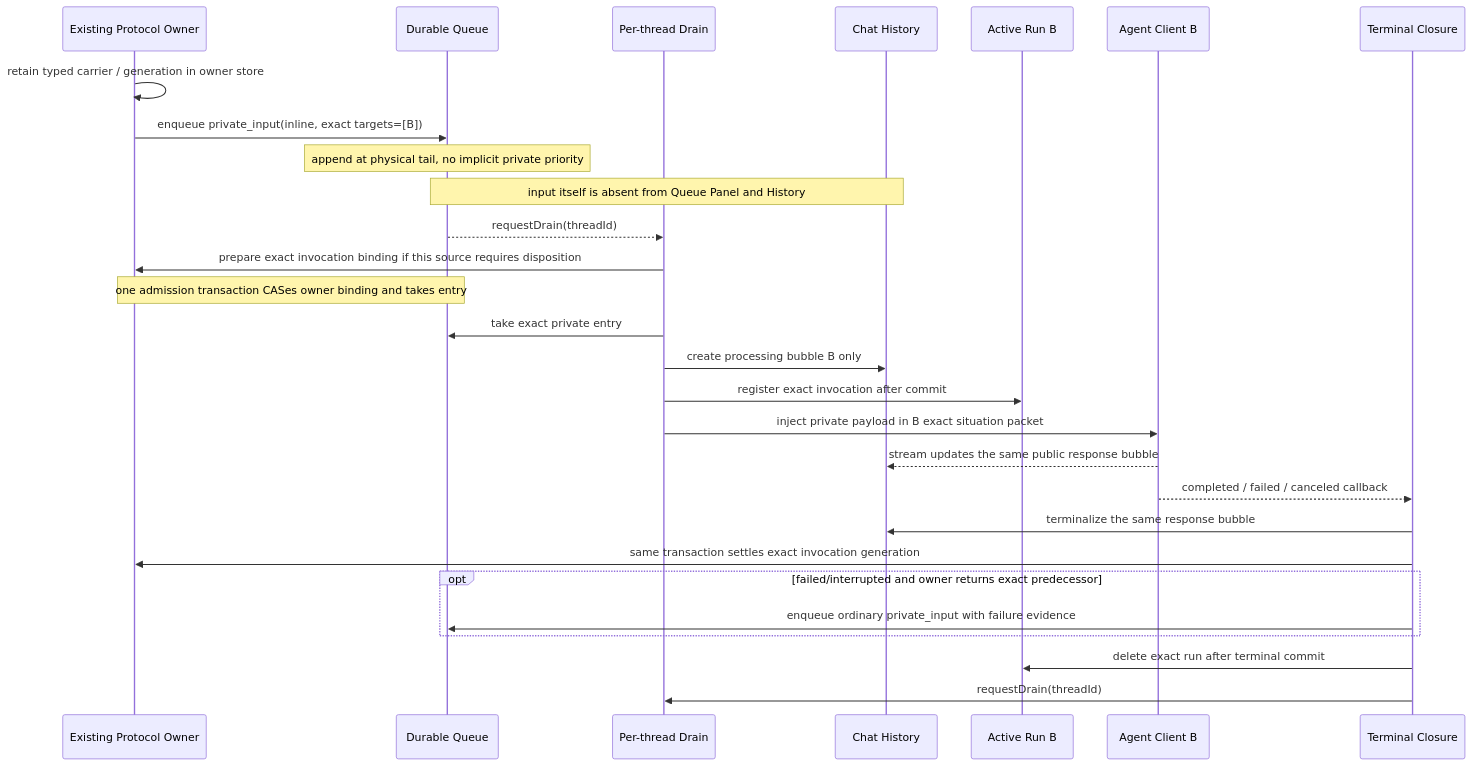
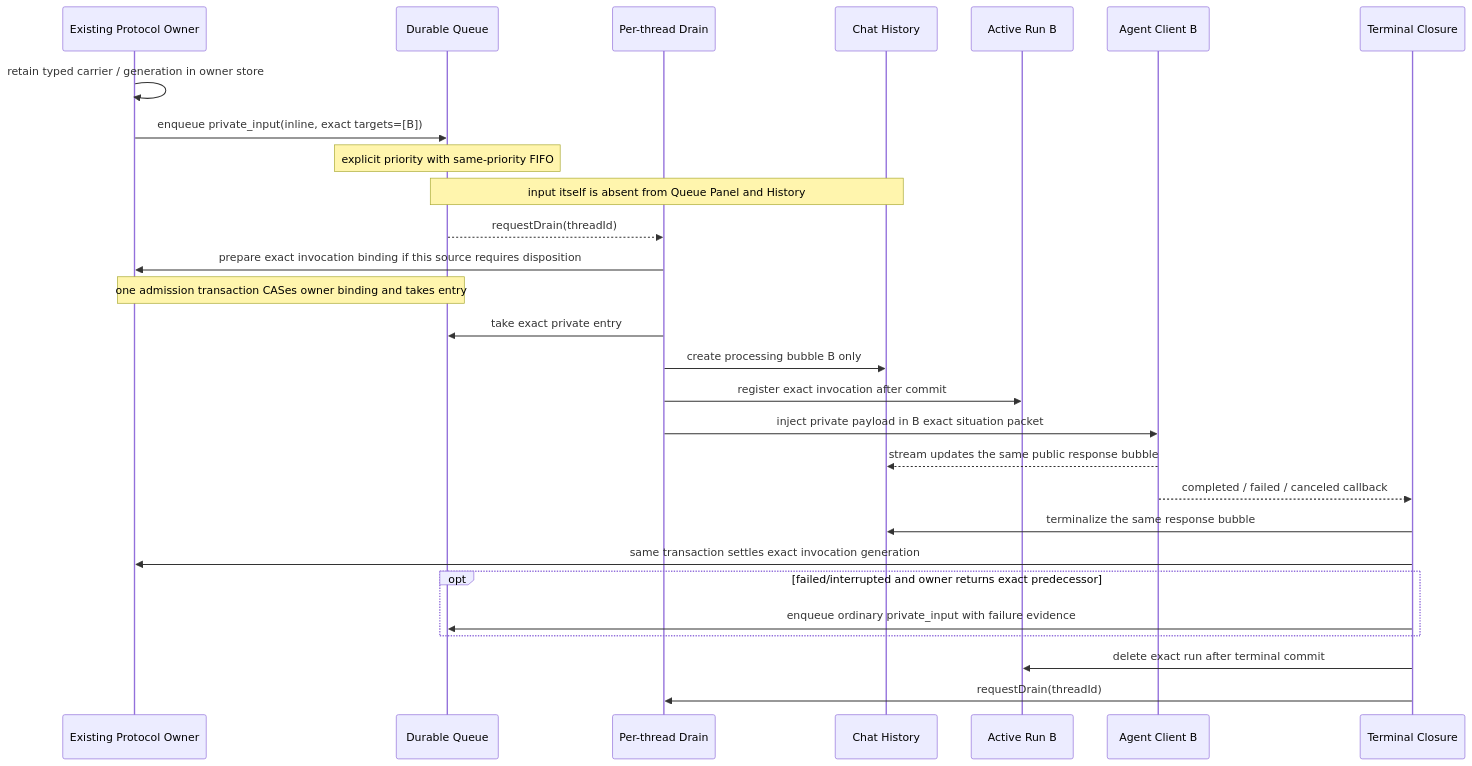
The third of 8 diagrams in docs/architecture/message-delivery-handling-handoff-audit.md (zts212653/clowder-ai), drawn with Mermaid before and after one commit. The commit also changed other lines of this file, not shown here.

First line of the commit message:
docs(architecture): clarify Queue lifecycle contracts

````diff
--- a/docs/architecture/message-delivery-handling-handoff-audit.md
+++ b/docs/architecture/message-delivery-handling-handoff-audit.md
@@ -162,31 +162,31 @@
 ```mermaid
 sequenceDiagram
     participant O as Existing Protocol Owner
     participant Q as Durable Queue
     participant D as Per-thread Drain
     participant H as Chat History
     participant R as Active Run B
     participant B as Agent Client B
     participant T as Terminal Closure
 
     O->>O: retain typed carrier / generation in owner store
     O->>Q: enqueue private_input(inline, exact targets=[B])
-    Note over Q: append at physical tail, no implicit private priority
+    Note over Q: explicit priority with same-priority FIFO
     Note over Q,H: input itself is absent from Queue Panel and History
     Q-->>D: requestDrain(threadId)
     D->>O: prepare exact invocation binding if this source requires disposition
     Note over Q,O: one admission transaction CASes owner binding and takes entry
     D->>Q: take exact private entry
     D->>H: create processing bubble B only
     D->>R: register exact invocation after commit
     D->>B: inject private payload in B exact situation packet
     B-->>H: stream updates the same public response bubble
     B-->>T: completed / failed / canceled callback
     T->>H: terminalize the same response bubble
     T->>O: same transaction settles exact invocation generation
     opt failed/interrupted and owner returns exact predecessor
         T->>Q: enqueue ordinary private_input with failure evidence
     end
     T->>R: delete exact run after terminal commit
     T->>D: requestDrain(threadId)
 ```
````
